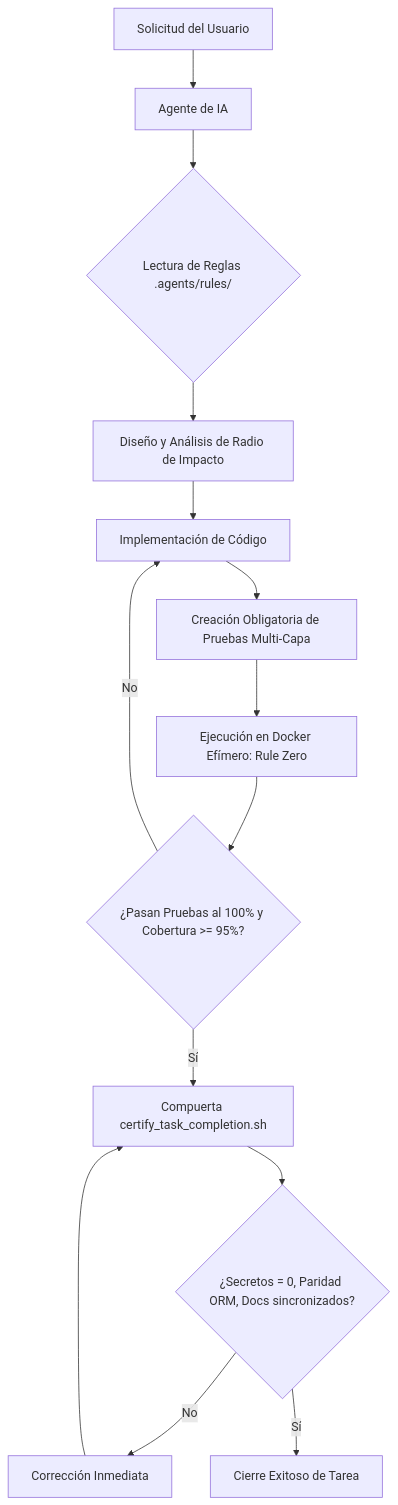
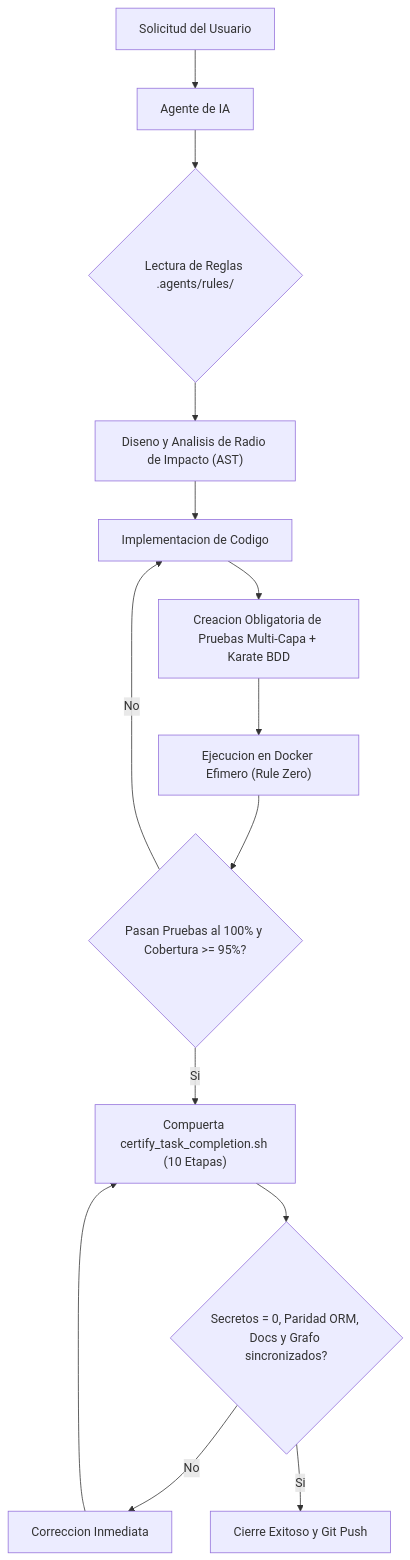
Before and after one commit to tecno-consultores/qa-testing-blueprints: the diagram in docs/01_ARQUITECTURA_Y_GOBERNANZA_AGENTES_IA.md, drawn with Mermaid. The commit also changed 31 other files, not shown here.

Commit message:
docs(11x): restaurar matriz de herramientas, actualizar tags Docker Hub y corregir diagramas Mermaid

````diff
--- a/docs/01_ARQUITECTURA_Y_GOBERNANZA_AGENTES_IA.md
+++ b/docs/01_ARQUITECTURA_Y_GOBERNANZA_AGENTES_IA.md
@@ -12,16 +12,16 @@
 ```mermaid
-graph TD
-    A[Solicitud del Usuario] --> B[Agente de IA]
-    B --> C{Lectura de Reglas .agents/rules/}
-    C --> D[Diseño y Análisis de Radio de Impacto]
-    D --> E[Implementación de Código]
-    E --> F[Creación Obligatoria de Pruebas Multi-Capa]
-    F --> G[Ejecución en Docker Efímero: Rule Zero]
-    G --> H{¿Pasan Pruebas al 100% y Cobertura >= 95%?}
-    H -- No --> E
-    H -- Sí --> I[Compuerta certify_task_completion.sh]
-    I --> J{¿Secretos = 0, Paridad ORM, Docs sincronizados?}
-    J -- No --> K[Corrección Inmediata]
+flowchart TD
+    A["Solicitud del Usuario"] --> B["Agente de IA"]
+    B --> C{"Lectura de Reglas .agents/rules/"}
+    C --> D["Diseno y Analisis de Radio de Impacto (AST)"]
+    D --> E["Implementacion de Codigo"]
+    E --> F["Creacion Obligatoria de Pruebas Multi-Capa + Karate BDD"]
+    F --> G["Ejecucion en Docker Efimero (Rule Zero)"]
+    G --> H{"Pasan Pruebas al 100% y Cobertura >= 95%?"}
+    H -->|"No"| E
+    H -->|"Si"| I["Compuerta certify_task_completion.sh (10 Etapas)"]
+    I --> J{"Secretos = 0, Paridad ORM, Docs y Grafo sincronizados?"}
+    J -->|"No"| K["Correccion Inmediata"]
     K --> I
-    J -- Sí --> L[Cierre Exitoso de Tarea]
+    J -->|"Si"| L["Cierre Exitoso y Git Push"]
 ```
````
